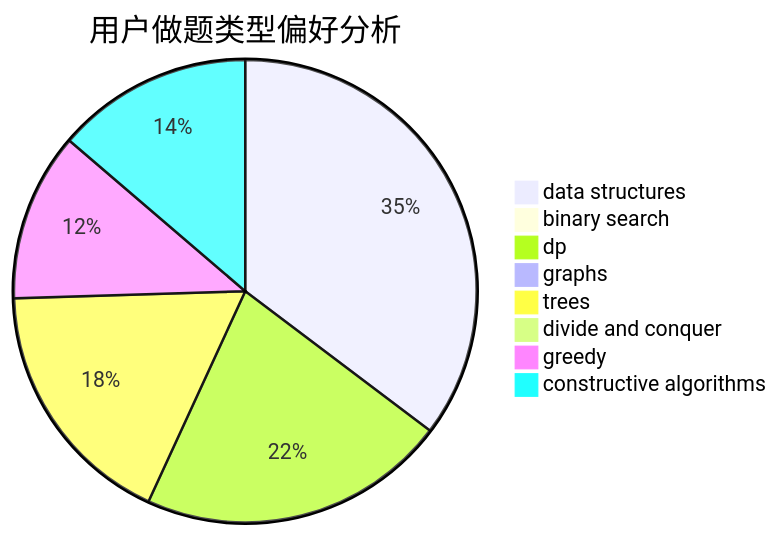
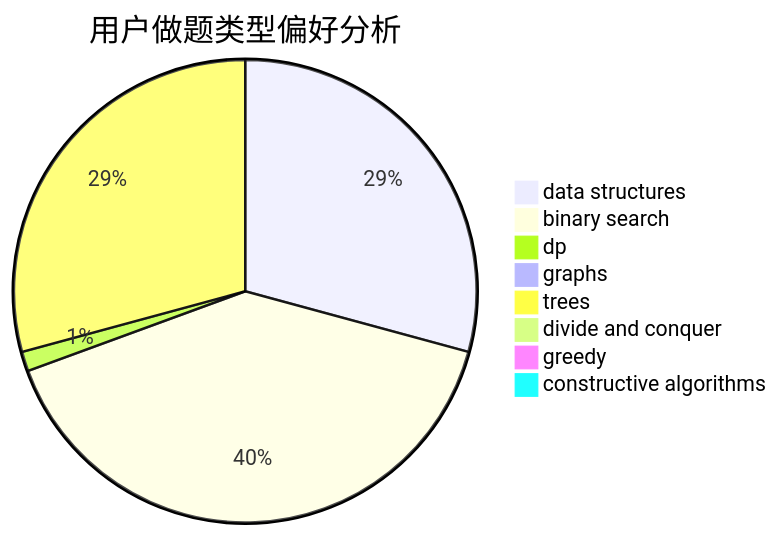
The second of 3 diagrams in docs/user/u882.md (sherpahu/cfrs.github.io), drawn with Mermaid before and after one commit. The commit also changed other lines of this file and 2770 other files, not shown here.

````diff
--- a/docs/user/u882.md
+++ b/docs/user/u882.md
@@ -23,11 +23,11 @@
 ```mermaid
 pie title 用户做题类型偏好分析
-    "data structures" :  18
-    "binary search" :  0
-    "dp" :  11
+    "data structures" :  64
+    "binary search" :  88
+    "dp" :  3
     "graphs" :  0
-    "trees" :  9
+    "trees" :  64
     "divide and conquer" :  0
-    "greedy" :  6
-    "constructive algorithms" :  7
+    "greedy" :  0
+    "constructive algorithms" :  0
 ```
````
